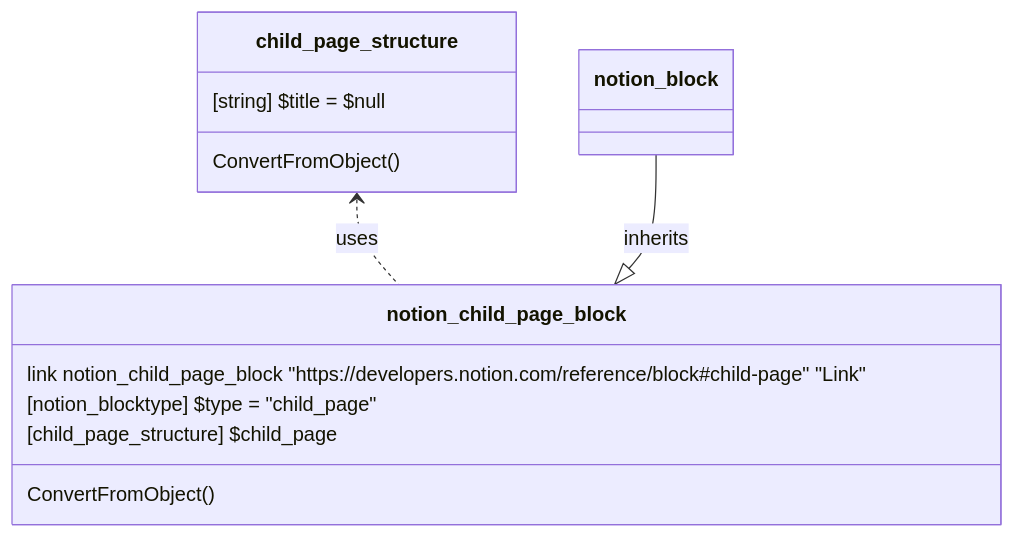
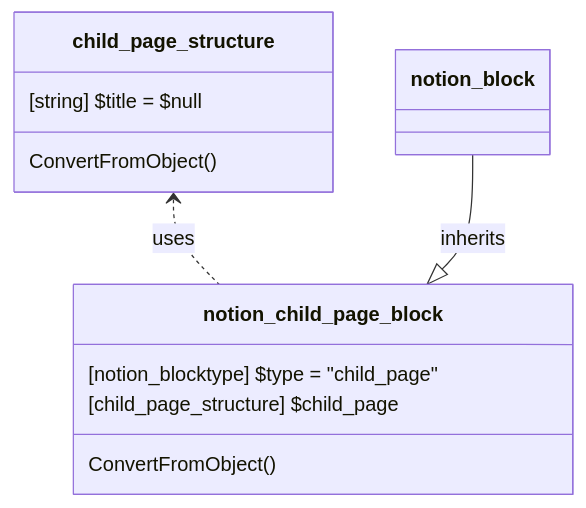
One commit to fasteiner/Notion changed the diagram in source/WikiSource/Classes/Block/10_Child_Page.md. Above: the diagram before and after it, drawn with Mermaid. The commit also changed 31 other files, not shown here.

Commit message:
fix: correct spelling of "Reference" in API documentation, heading dependency, removed unsuported link in mermaid

````diff
--- a/source/WikiSource/Classes/Block/10_Child_Page.md
+++ b/source/WikiSource/Classes/Block/10_Child_Page.md
@@ -5,16 +5,15 @@
 ```mermaid
 classDiagram
     class child_page_structure {
         [string] $title = $null
         ConvertFromObject()
     }
 
     class notion_child_page_block {
-    link notion_child_page_block "https://developers.notion.com/reference/block#child-page" "Link"
         [notion_blocktype] $type = "child_page"
         [child_page_structure] $child_page
         ConvertFromObject()
     }
     `child_page_structure` <.. `notion_child_page_block`:uses
     `notion_block` --|> `notion_child_page_block`:inherits
 ```
````
